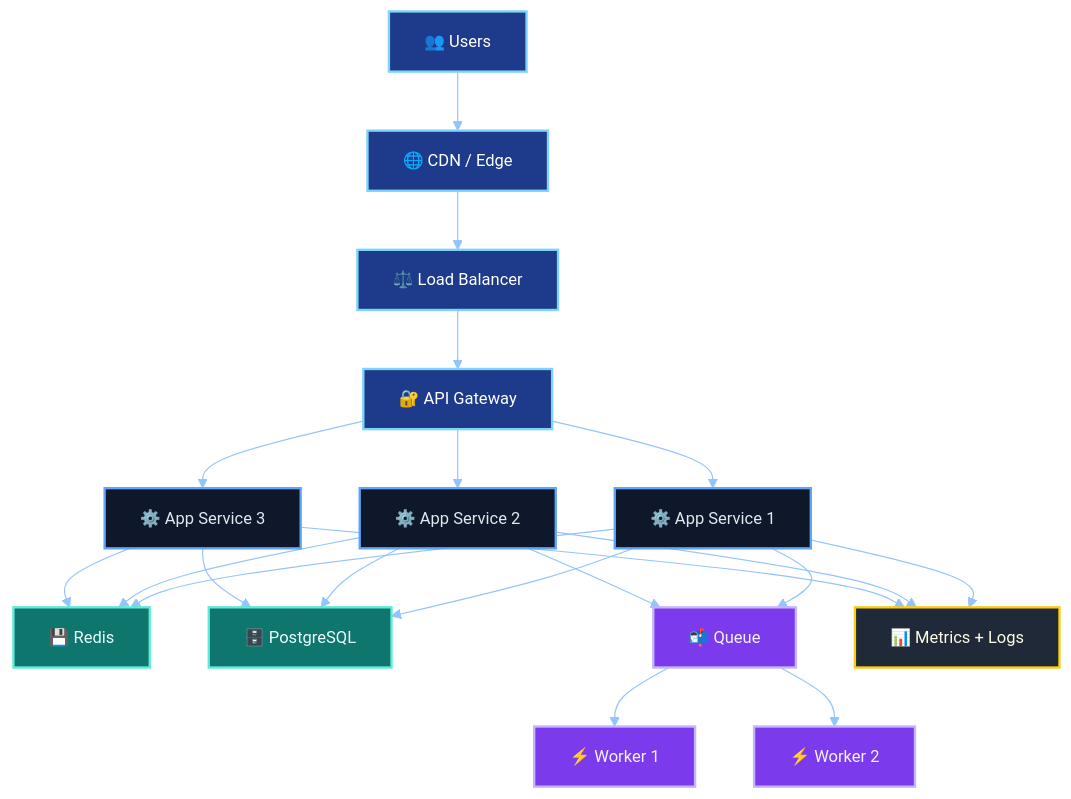
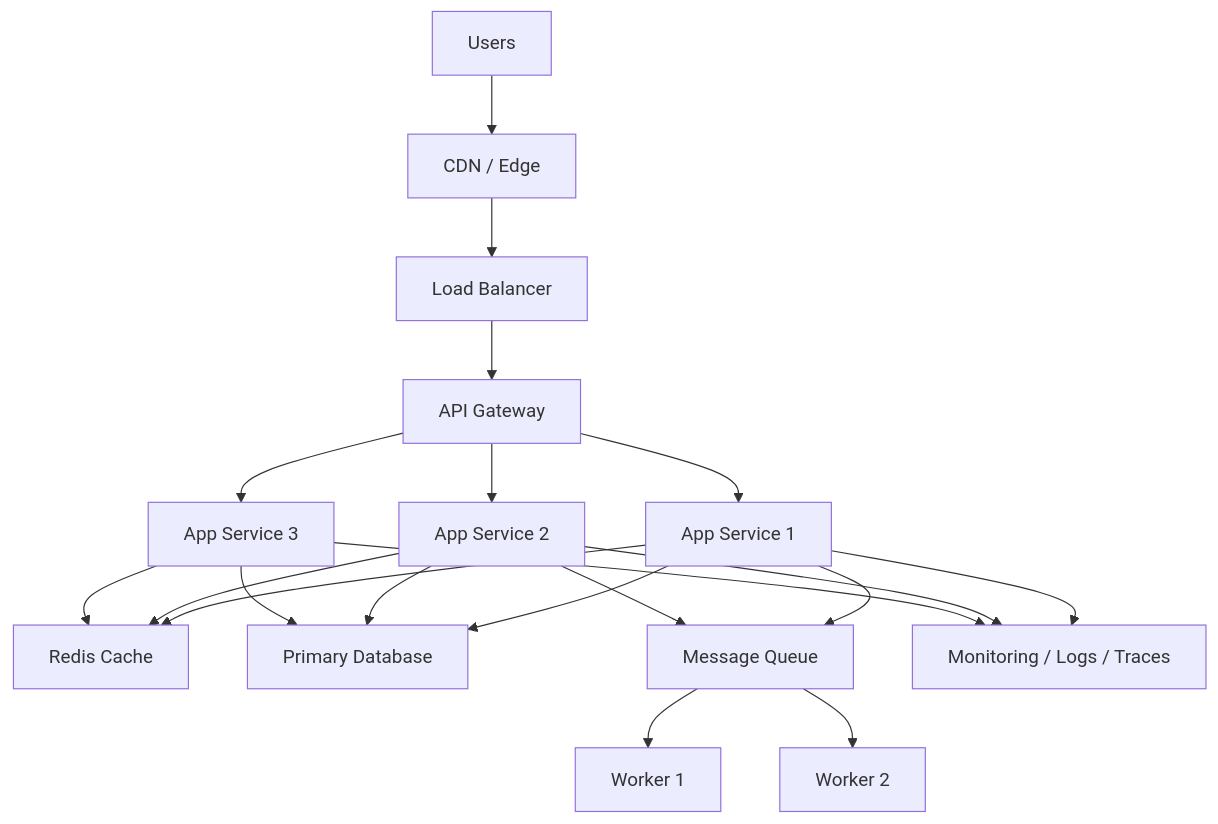
Before and after one commit to quesiblaq442-del/architecture-diagram: the diagram in ARCHITECTURE.md, drawn with Mermaid. The commit also changed other lines of this file, not shown here.

Commit message:
Update ARCHITECTURE.md with comprehensive technical architecture and recommended stack

````diff
--- a/ARCHITECTURE.md
+++ b/ARCHITECTURE.md
@@ -17,48 +21,26 @@
 ```mermaid
-%%{init: {'theme': 'base', 'themeVariables': {
-  'primaryColor': '#0f172a',
-  'primaryTextColor': '#e2e8f0',
-  'primaryBorderColor': '#60a5fa',
-  'lineColor': '#93c5fd',
-  'secondaryColor': '#111827',
-  'tertiaryColor': '#1d4ed8',
-  'fontSize': '14px',
-  'fontFamily': 'Arial'
-}} }%%
 flowchart TB
-    U["👥 Users"] --> C["🌐 CDN / Edge"]
-    C --> LB["⚖️ Load Balancer"]
-    LB --> GW["🔐 API Gateway"]
-    GW --> A1["⚙️ App Service 1"]
-    GW --> A2["⚙️ App Service 2"]
-    GW --> A3["⚙️ App Service 3"]
+    U["Users"] --> CDN["CDN / Edge"]
+    CDN --> LB["Load Balancer"]
+    LB --> GW["API Gateway"]
+    GW --> A1["App Service 1"]
+    GW --> A2["App Service 2"]
+    GW --> A3["App Service 3"]
 
-    A1 --> REDIS["💾 Redis"]
-    A2 --> REDIS
-    A3 --> REDIS
+    A1 --> CACHE["Redis Cache"]
+    A2 --> CACHE
+    A3 --> CACHE
 
-    A1 --> DB["🗄️ PostgreSQL"]
+    A1 --> DB["Primary Database"]
     A2 --> DB
     A3 --> DB
 
-    A1 --> Q["📬 Queue"]
+    A1 --> Q["Message Queue"]
     A2 --> Q
-    Q --> W1["⚡ Worker 1"]
-    Q --> W2["⚡ Worker 2"]
+    Q --> W1["Worker 1"]
+    Q --> W2["Worker 2"]
 
-    A1 --> OBS["📊 Metrics + Logs"]
+    A1 --> OBS["Monitoring / Logs / Traces"]
     A2 --> OBS
     A3 --> OBS
-
-    classDef edge fill:#1e3a8a,stroke:#7dd3fc,color:#fff,stroke-width:2px;
-    classDef app fill:#0f172a,stroke:#60a5fa,color:#e2e8f0,stroke-width:2px;
-    classDef data fill:#0f766e,stroke:#5eead4,color:#ecfeff,stroke-width:2px;
-    classDef queue fill:#7c3aed,stroke:#c4b5fd,color:#f5f3ff,stroke-width:2px;
-    classDef ops fill:#1f2937,stroke:#facc15,color:#fefce8,stroke-width:2px;
-
-    class U,C,LB,GW edge;
-    class A1,A2,A3 app;
-    class REDIS,DB data;
-    class Q,W1,W2 queue;
-    class OBS ops;
 ```
````
